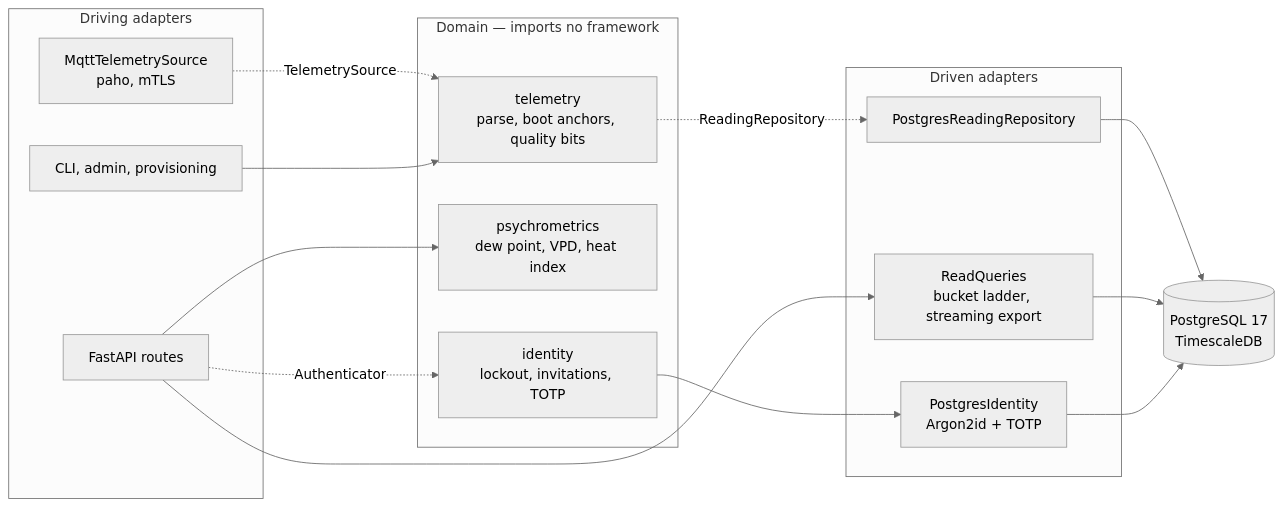
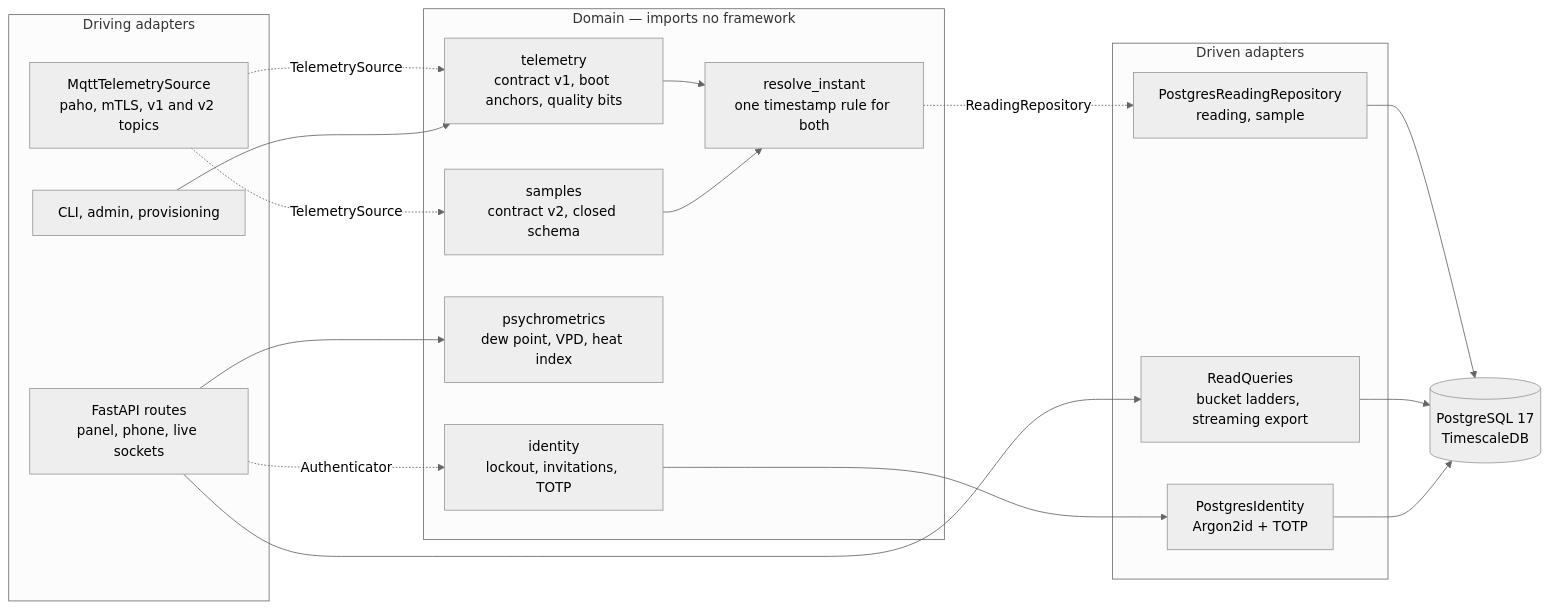
The second of 5 diagrams in README.md (Zoel-Manchon/psychron), drawn with Mermaid (neutral theme) before and after one commit. The commit also changed other lines of this file and 16 other files, not shown here.

````diff
--- a/README.md
+++ b/README.md
@@ -67,33 +85,38 @@
 ```mermaid
 flowchart LR
     subgraph driving["Driving adapters"]
-        MQTT["MqttTelemetrySource<br/>paho, mTLS"]
-        HTTP["FastAPI routes"]
+        MQTT["MqttTelemetrySource<br/>paho, mTLS, v1 and v2 topics"]
+        HTTP["FastAPI routes<br/>panel, phone, live sockets"]
         CLI["CLI, admin, provisioning"]
     end
 
     subgraph core["Domain — imports no framework"]
-        TEL["telemetry<br/>parse, boot anchors, quality bits"]
+        TEL["telemetry<br/>contract v1, boot anchors, quality bits"]
+        SMP["samples<br/>contract v2, closed schema"]
+        CLK["resolve_instant<br/>one timestamp rule for both"]
         PSY["psychrometrics<br/>dew point, VPD, heat index"]
         IDN["identity<br/>lockout, invitations, TOTP"]
     end
 
     subgraph out["Driven adapters"]
-        PG["PostgresReadingRepository"]
-        RQ["ReadQueries<br/>bucket ladder, streaming export"]
+        PG["PostgresReadingRepository<br/>reading, sample"]
+        RQ["ReadQueries<br/>bucket ladders, streaming export"]
         IDP["PostgresIdentity<br/>Argon2id + TOTP"]
     end
 
     DB[("PostgreSQL 17<br/>TimescaleDB")]
 
     MQTT -.->|"TelemetrySource"| TEL
+    MQTT -.->|"TelemetrySource"| SMP
+    TEL --> CLK
+    SMP --> CLK
+    CLK -.->|"ReadingRepository"| PG
     HTTP --> PSY
     HTTP -.->|"Authenticator"| IDN
+    HTTP --> RQ
     CLI --> TEL
-    TEL -.->|"ReadingRepository"| PG
-    HTTP --> RQ
     IDN --> IDP
     PG --> DB
     RQ --> DB
     IDP --> DB
 ```
````
